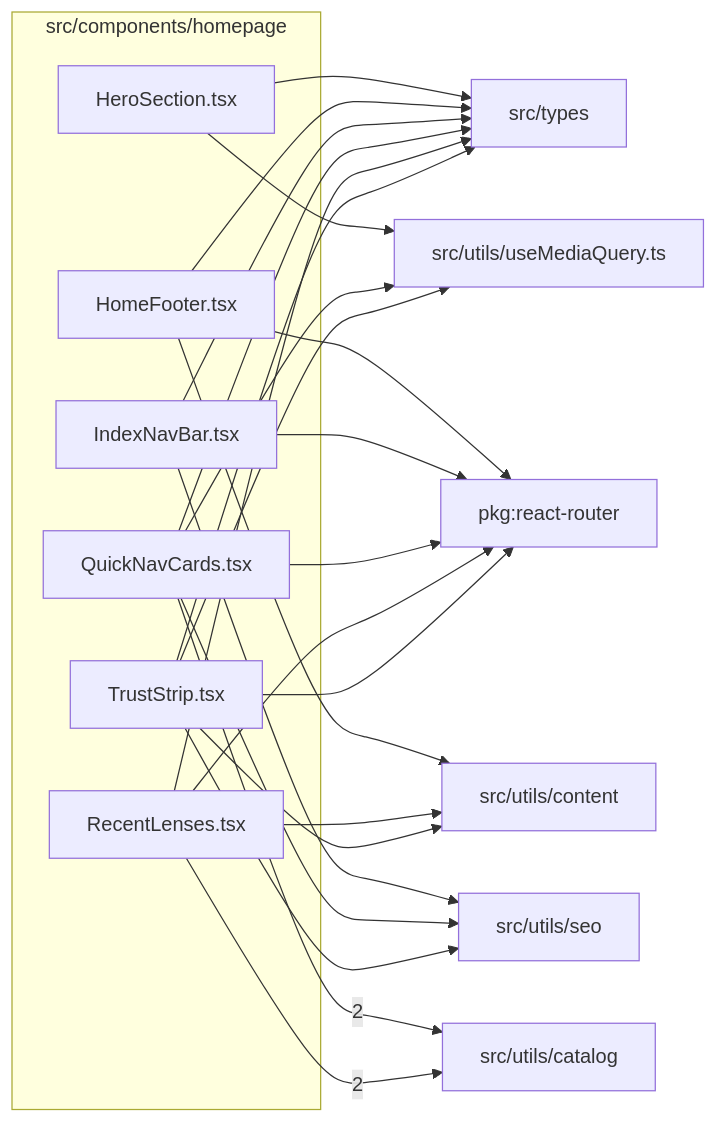
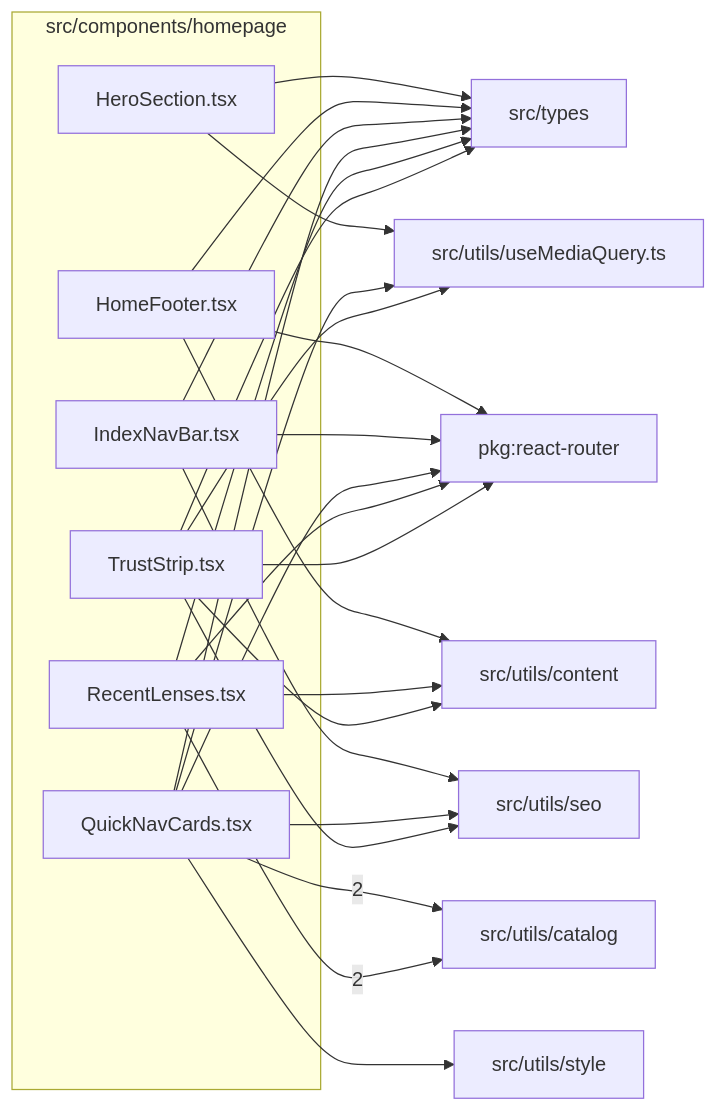
Before and after one commit to ronbuening/LensVisualizer: the diagram in src/components/homepage/readme.md, drawn with Mermaid. The commit also changed other lines of this file and 16 other files, not shown here.

````diff
--- a/src/components/homepage/readme.md
+++ b/src/components/homepage/readme.md
@@ -9,39 +9,41 @@
 ```mermaid
 flowchart LR
   subgraph n_src_components_homepage["src/components/homepage"]
     n_src_components_homepage_src_components_homepage_HeroSection_tsx["HeroSection.tsx"]
     n_src_components_homepage_src_components_homepage_HomeFooter_tsx["HomeFooter.tsx"]
     n_src_components_homepage_src_components_homepage_IndexNavBar_tsx["IndexNavBar.tsx"]
     n_src_components_homepage_src_components_homepage_QuickNavCards_tsx["QuickNavCards.tsx"]
     n_src_components_homepage_src_components_homepage_RecentLenses_tsx["RecentLenses.tsx"]
     n_src_components_homepage_src_components_homepage_TrustStrip_tsx["TrustStrip.tsx"]
   end
   n_external_src_utils_catalog["src/utils/catalog"]
   n_external_pkg_react_router["pkg:react-router"]
   n_external_src_types["src/types"]
   n_external_src_utils_content["src/utils/content"]
   n_external_src_utils_seo["src/utils/seo"]
+  n_external_src_utils_style["src/utils/style"]
   n_external_src_utils_useMediaQuery_ts["src/utils/useMediaQuery.ts"]
   n_src_components_homepage_src_components_homepage_QuickNavCards_tsx --> |2| n_external_src_utils_catalog
   n_src_components_homepage_src_components_homepage_RecentLenses_tsx --> |2| n_external_src_utils_catalog
   n_src_components_homepage_src_components_homepage_HomeFooter_tsx --> n_external_pkg_react_router
   n_src_components_homepage_src_components_homepage_IndexNavBar_tsx --> n_external_pkg_react_router
   n_src_components_homepage_src_components_homepage_QuickNavCards_tsx --> n_external_pkg_react_router
   n_src_components_homepage_src_components_homepage_RecentLenses_tsx --> n_external_pkg_react_router
   n_src_components_homepage_src_components_homepage_TrustStrip_tsx --> n_external_pkg_react_router
   n_src_components_homepage_src_components_homepage_HeroSection_tsx --> n_external_src_types
   n_src_components_homepage_src_components_homepage_HomeFooter_tsx --> n_external_src_types
   n_src_components_homepage_src_components_homepage_IndexNavBar_tsx --> n_external_src_types
   n_src_components_homepage_src_components_homepage_QuickNavCards_tsx --> n_external_src_types
   n_src_components_homepage_src_components_homepage_RecentLenses_tsx --> n_external_src_types
   n_src_components_homepage_src_components_homepage_TrustStrip_tsx --> n_external_src_types
   n_src_components_homepage_src_components_homepage_HomeFooter_tsx --> n_external_src_utils_content
   n_src_components_homepage_src_components_homepage_RecentLenses_tsx --> n_external_src_utils_content
   n_src_components_homepage_src_components_homepage_TrustStrip_tsx --> n_external_src_utils_content
   n_src_components_homepage_src_components_homepage_IndexNavBar_tsx --> n_external_src_utils_seo
   n_src_components_homepage_src_components_homepage_QuickNavCards_tsx --> n_external_src_utils_seo
   n_src_components_homepage_src_components_homepage_TrustStrip_tsx --> n_external_src_utils_seo
+  n_src_components_homepage_src_components_homepage_QuickNavCards_tsx --> n_external_src_utils_style
   n_src_components_homepage_src_components_homepage_HeroSection_tsx --> n_external_src_utils_useMediaQuery_ts
   n_src_components_homepage_src_components_homepage_QuickNavCards_tsx --> n_external_src_utils_useMediaQuery_ts
   n_src_components_homepage_src_components_homepage_TrustStrip_tsx --> n_external_src_utils_useMediaQuery_ts
 ```
````
